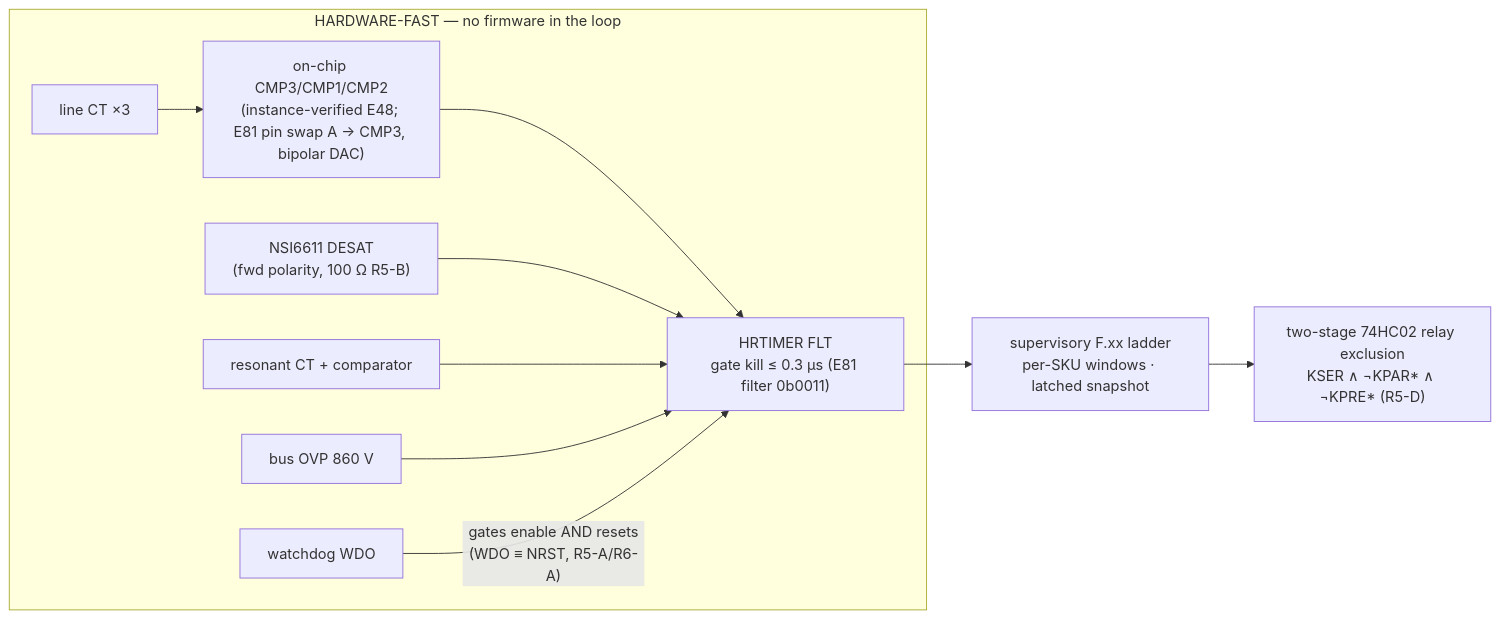
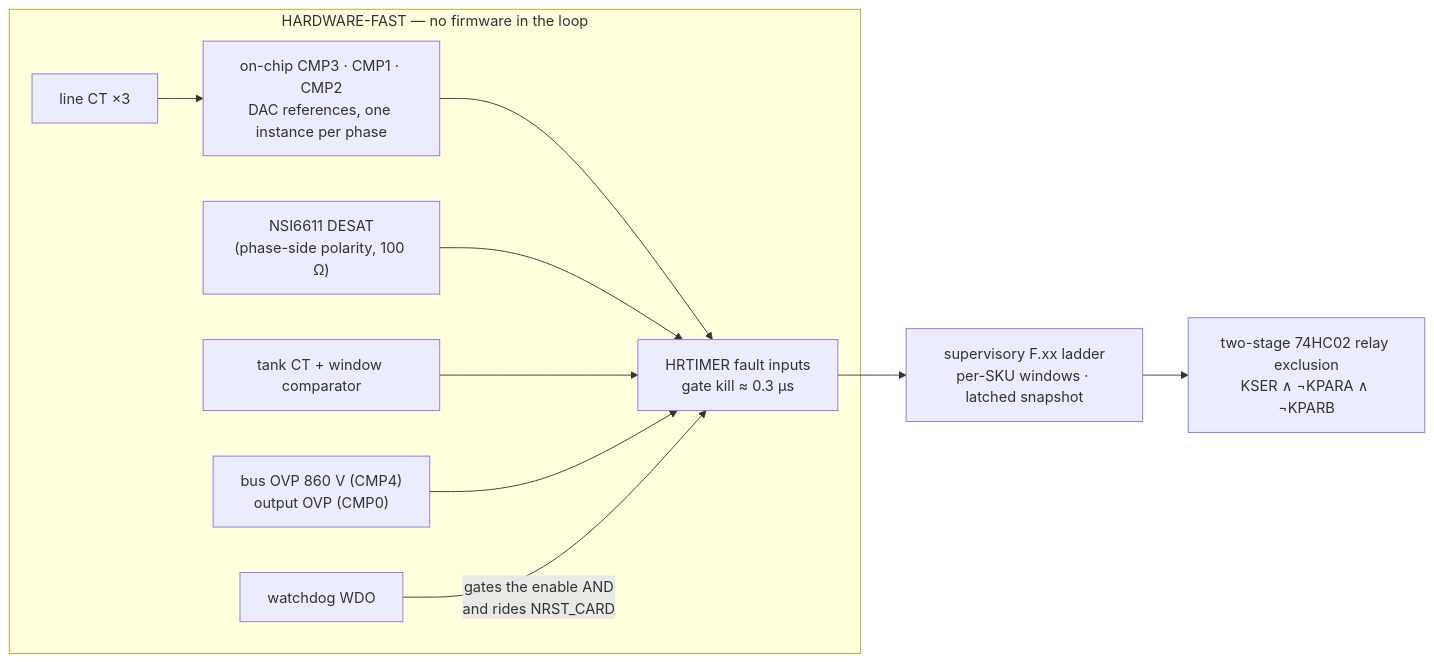
Before and after one commit to vectivolt/DC-Modules: the second of 3 diagrams in docs/protection-thresholds.md, drawn with Mermaid. The commit also changed other lines of this file and 802 other files, not shown here.

````diff
--- a/docs/protection-thresholds.md
+++ b/docs/protection-thresholds.md
@@ -50,12 +46,12 @@
 ```mermaid
 flowchart LR
   subgraph HW["HARDWARE-FAST — no firmware in the loop"]
-    CT["line CT ×3"] --> CMP["on-chip CMP3/CMP1/CMP2<br/>(instance-verified E48; E81 pin swap A → CMP3, bipolar DAC)"] --> KILL["HRTIMER FLT<br/>gate kill ≤ 0.3 µs (E81 filter 0b0011)"]
-    DST["NSI6611 DESAT<br/>(fwd polarity, 100 Ω R5-B)"] --> KILL
-    RCT["resonant CT + comparator"] --> KILL
-    OVP["bus OVP 860 V"] --> KILL
-    WD["watchdog WDO"] -->|"gates enable AND resets<br/>(WDO ≡ NRST, R5-A/R6-A)"| KILL
+    CT["line CT ×3"] --> CMP["on-chip CMP3 · CMP1 · CMP2<br/>DAC references, one instance per phase"] --> KILL["HRTIMER fault inputs<br/>gate kill ≈ 0.3 µs"]
+    DST["NSI6611 DESAT<br/>(phase-side polarity, 100 Ω)"] --> KILL
+    RCT["tank CT + window comparator"] --> KILL
+    OVP["bus OVP 860 V (CMP4)<br/>output OVP (CMP0)"] --> KILL
+    WD["watchdog WDO"] -->|"gates the enable AND<br/>and rides NRST_CARD"| KILL
   end
   KILL --> FSM["supervisory F.xx ladder<br/>per-SKU windows · latched snapshot"]
-  FSM --> EXCL["two-stage 74HC02 relay exclusion<br/>KSER ∧ ¬KPAR* ∧ ¬KPRE* (R5-D)"]
+  FSM --> EXCL["two-stage 74HC02 relay exclusion<br/>KSER ∧ ¬KPARA ∧ ¬KPARB"]
 ```
````
